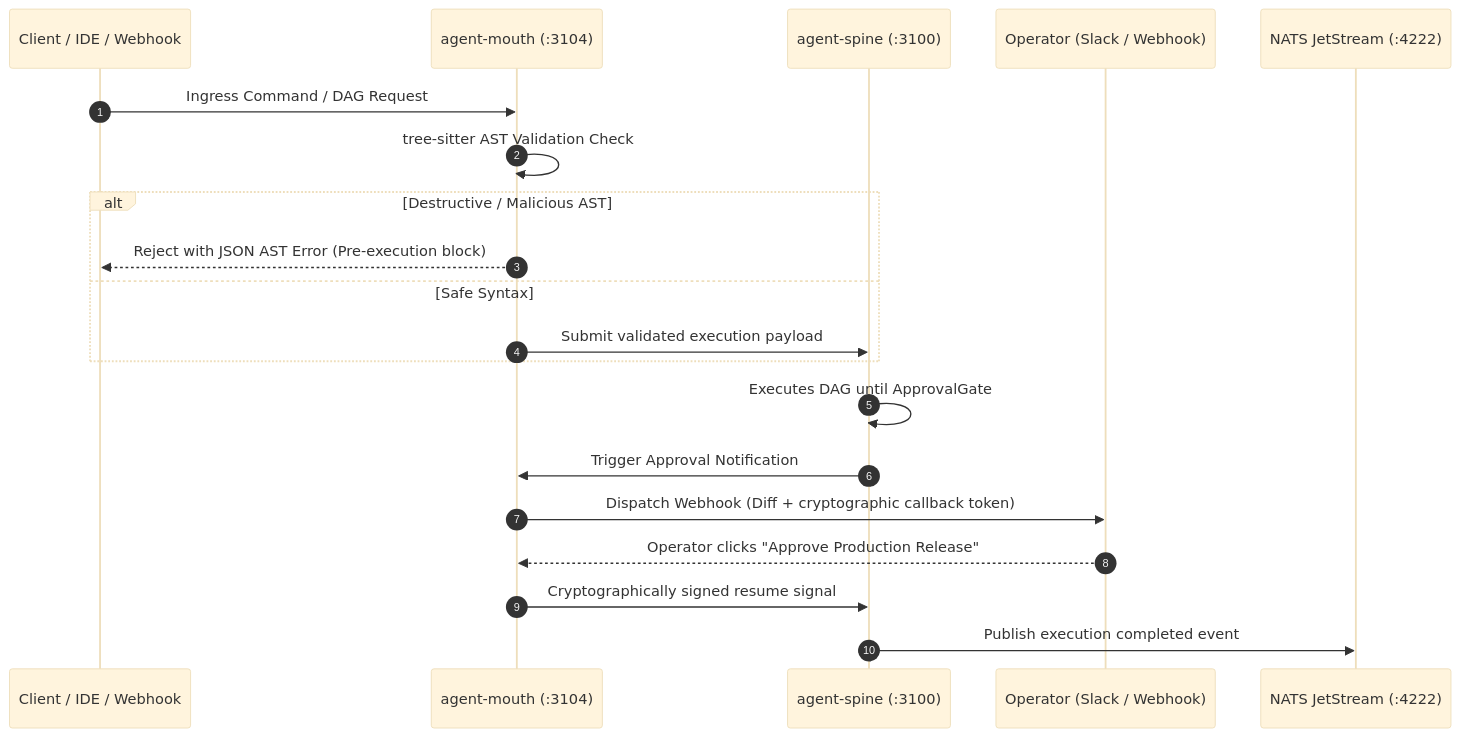
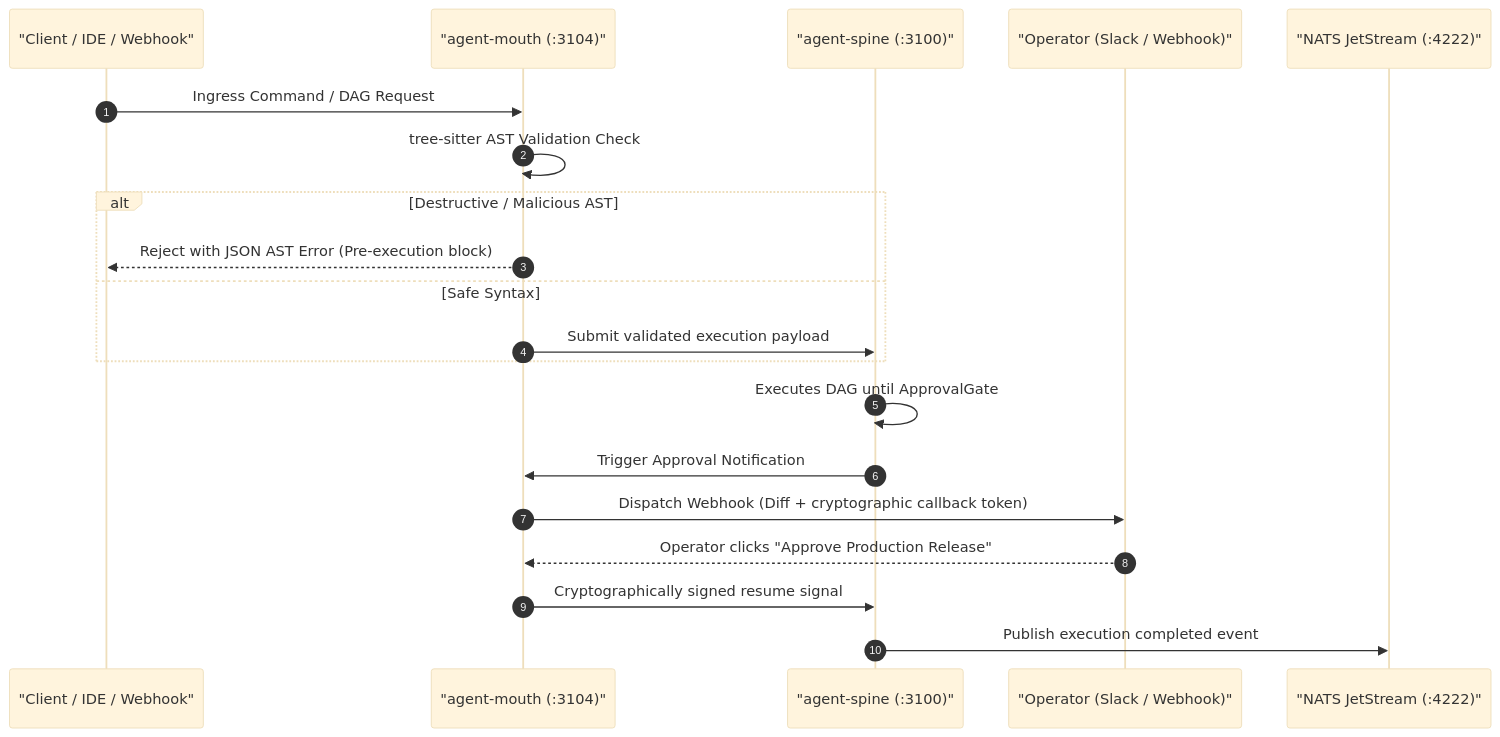
One commit to autonomic-ai-dev/website changed the diagram in src/routes/docs/communication/+page.md. Above: the diagram before and after it, drawn with Mermaid (base theme). The commit also changed 17 other files, not shown here.

Commit message:
fix(docs): resolve mermaid chart syntax, add organ utility usage docs & blogs

````diff
--- a/src/routes/docs/communication/+page.md
+++ b/src/routes/docs/communication/+page.md
@@ -9,24 +9,24 @@
 ```mermaid
 sequenceDiagram
     autonumber
-    participant Host as Client / IDE / Webhook
-    participant Mouth as agent-mouth (:3104)
-    participant Spine as agent-spine (:3100)
-    participant Slack as Operator (Slack / Webhook)
-    participant NATS as NATS JetStream (:4222)
+    participant Host as "Client / IDE / Webhook"
+    participant Mouth as "agent-mouth (:3104)"
+    participant Spine as "agent-spine (:3100)"
+    participant Slack as "Operator (Slack / Webhook)"
+    participant NATS as "NATS JetStream (:4222)"
 
     Host->>Mouth: Ingress Command / DAG Request
     Mouth->>Mouth: tree-sitter AST Validation Check
     alt Destructive / Malicious AST
         Mouth-->>Host: Reject with JSON AST Error (Pre-execution block)
     else Safe Syntax
         Mouth->>Spine: Submit validated execution payload
     end
 
     Spine->>Spine: Executes DAG until ApprovalGate
     Spine->>Mouth: Trigger Approval Notification
     Mouth->>Slack: Dispatch Webhook (Diff + cryptographic callback token)
     Slack-->>Mouth: Operator clicks "Approve Production Release"
     Mouth->>Spine: Cryptographically signed resume signal
     Spine->>NATS: Publish execution completed event
 ```
````
